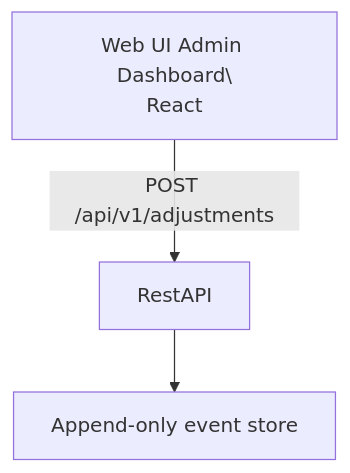
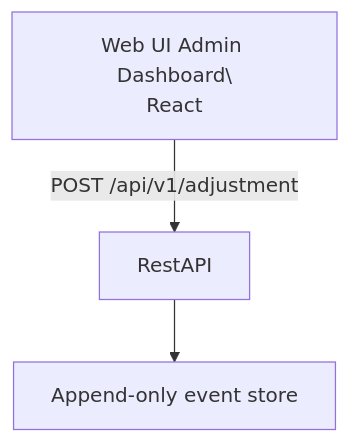
The diagram in contracts/adjustment/v1/README.md (aau-cph-sw5/case-b-manning-patrol), drawn with Mermaid before and after one commit. The commit also changed other lines of this file and 3 other files, not shown here.

Commit message:
Added: API route to handle Adjustment and relevant tests

````diff
--- a/contracts/adjustment/v1/README.md
+++ b/contracts/adjustment/v1/README.md
@@ -13,5 +13,5 @@
 ```mermaid
 graph TD
-    WebUI[Web UI Admin Dashboard\\nReact] -->|POST /api/v1/adjustments| RestAPI
+    WebUI[Web UI Admin Dashboard\\nReact] -->|POST /api/v1/adjustment| RestAPI
     RestAPI[RestAPI] --> Store[Append-only event store]
 ```
````
